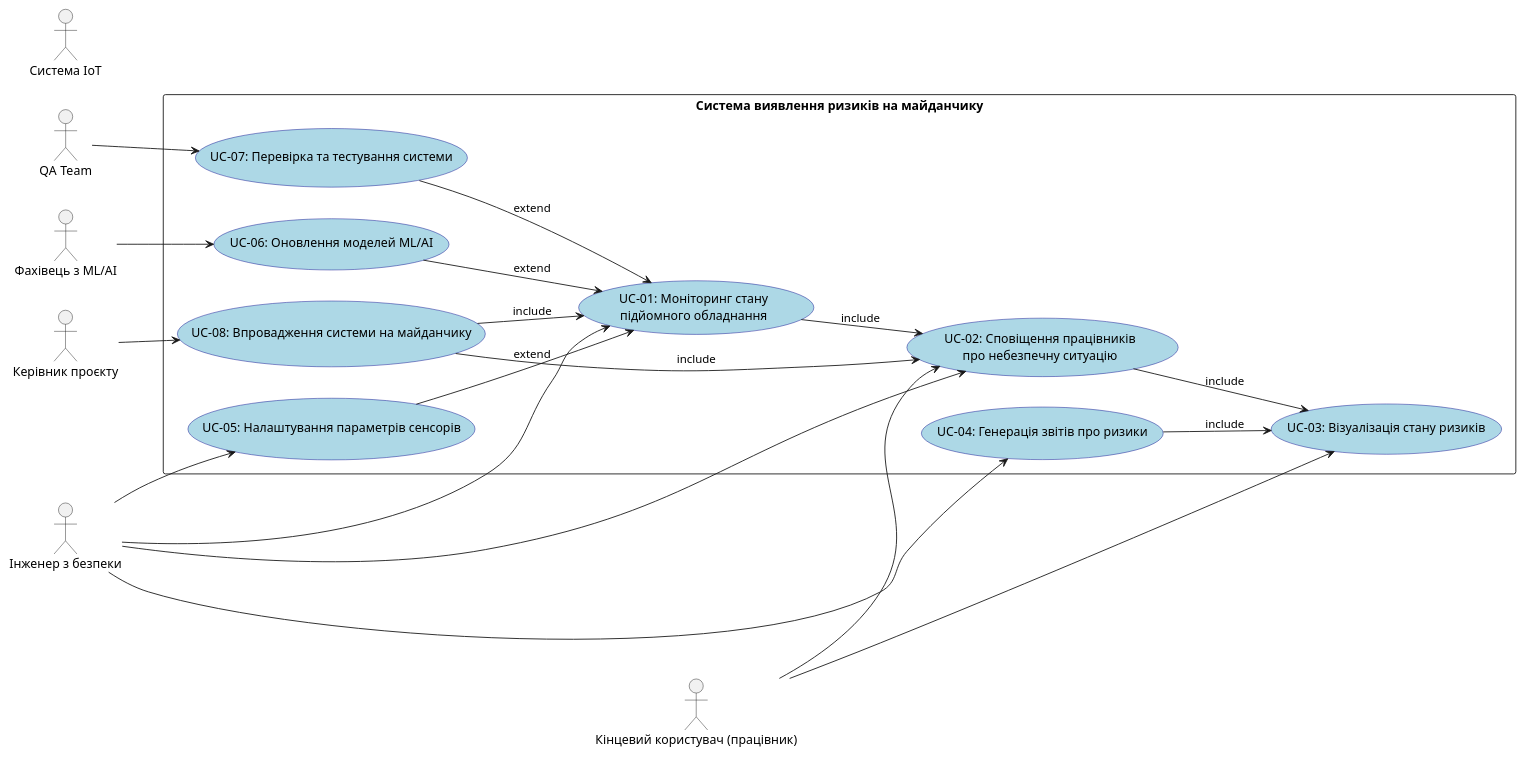
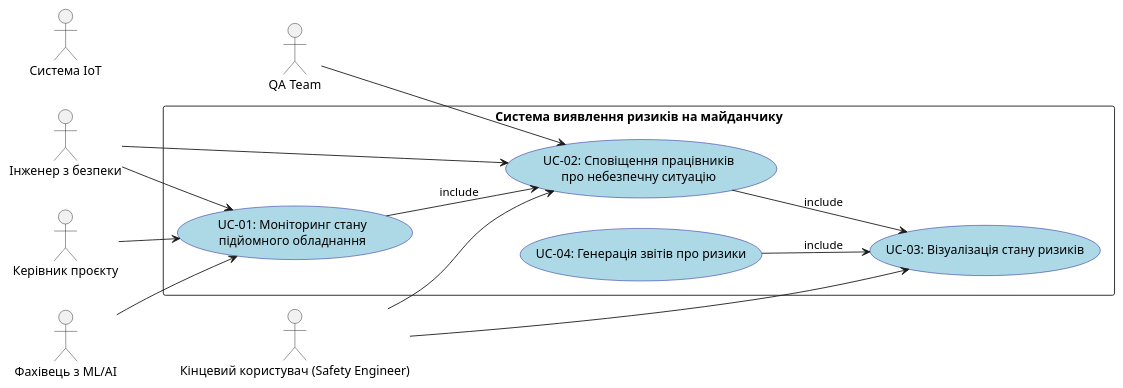
The diagram in 1-Requirements/1.2-UseCaseDiagram/README.md (olgasolovei/yakusha89-gmail.com), drawn with PlantUML before and after one commit.

```diff
--- a/1-Requirements/1.2-UseCaseDiagram/README.md
+++ b/1-Requirements/1.2-UseCaseDiagram/README.md
@@ -1,47 +1,36 @@
 @startuml
 left to right direction
 skinparam packageStyle rectangle
 skinparam usecase {
   BackgroundColor LightBlue
   BorderColor DarkBlue
 }
 
 actor "Інженер з безпеки" as SafetyEng
-actor "Кінцевий користувач (працівник)" as EndUser
+actor "Кінцевий користувач (Safety Engineer)" as EndUser
 actor "QA Team" as QA
 actor "Фахівець з ML/AI" as MLExpert
 actor "Керівник проєкту" as PM
 actor "Система IoT" as IoT
 
 package "Система виявлення ризиків на майданчику" {
 
   usecase "UC-01: Моніторинг стану\nпідйомного обладнання" as UC1
   usecase "UC-02: Сповіщення працівників\nпро небезпечну ситуацію" as UC2
   usecase "UC-03: Візуалізація стану ризиків" as UC3
   usecase "UC-04: Генерація звітів про ризики" as UC4
-  usecase "UC-05: Налаштування параметрів сенсорів" as UC5
-  usecase "UC-06: Оновлення моделей ML/AI" as UC6
-  usecase "UC-07: Перевірка та тестування системи" as UC7
-  usecase "UC-08: Впровадження системи на майданчику" as UC8
 
-   SafetyEng --> UC1
+  SafetyEng --> UC1
   SafetyEng --> UC2
-  SafetyEng --> UC5
-  SafetyEng --> UC4
   EndUser --> UC2
   EndUser --> UC3
-  QA --> UC7
-  MLExpert --> UC6
-  PM --> UC8
+  QA --> UC2
+  MLExpert --> UC1
+  PM --> UC1
 
-   UC1 --> UC2 : include
+  UC1 --> UC2 : include
   UC2 --> UC3 : include
   UC4 --> UC3 : include
-  UC5 --> UC1 : extend
-  UC6 --> UC1 : extend
-  UC7 --> UC1 : extend
-  UC8 --> UC1 : include
-  UC8 --> UC2 : include
 }
 
 @enduml
```
